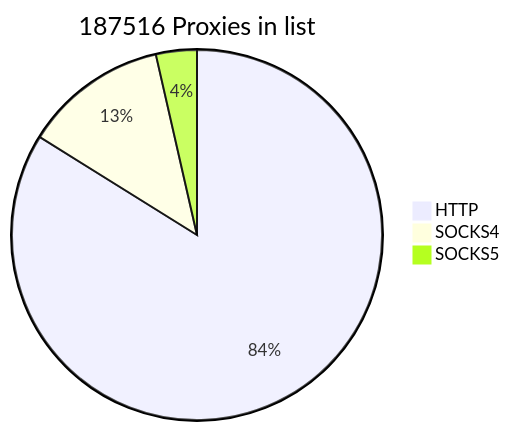
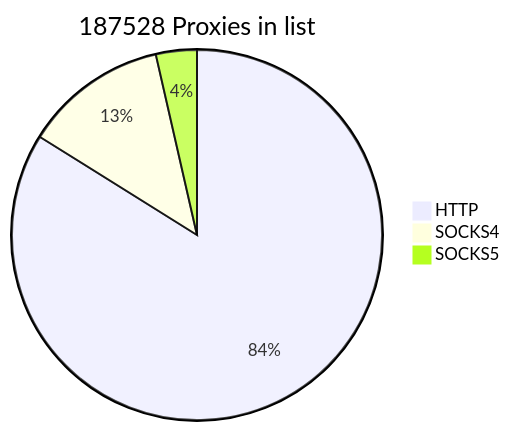
The first of 2 diagrams in README.md (cutipu/proxylist), drawn with Mermaid before and after one commit. The commit also changed other lines of this file, not shown here.

````diff
--- a/README.md
+++ b/README.md
@@ -2,7 +2,7 @@
 ```mermaid
-pie title 187516 Proxies in list
-    "HTTP" : 157263
-    "SOCKS4" : 23563
-    "SOCKS5" : 6690
+pie title 187528 Proxies in list
+    "HTTP" : 157307
+    "SOCKS4" : 23524
+    "SOCKS5" : 6697
             
 ```
````
